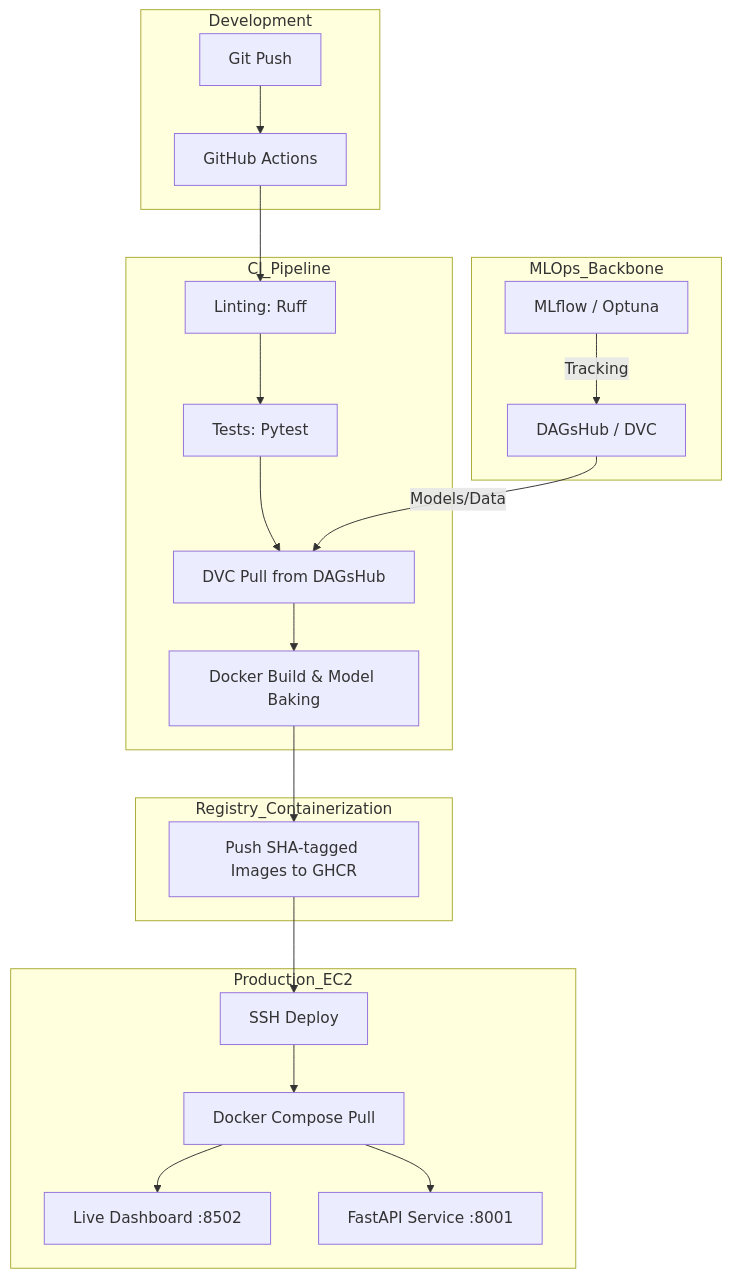
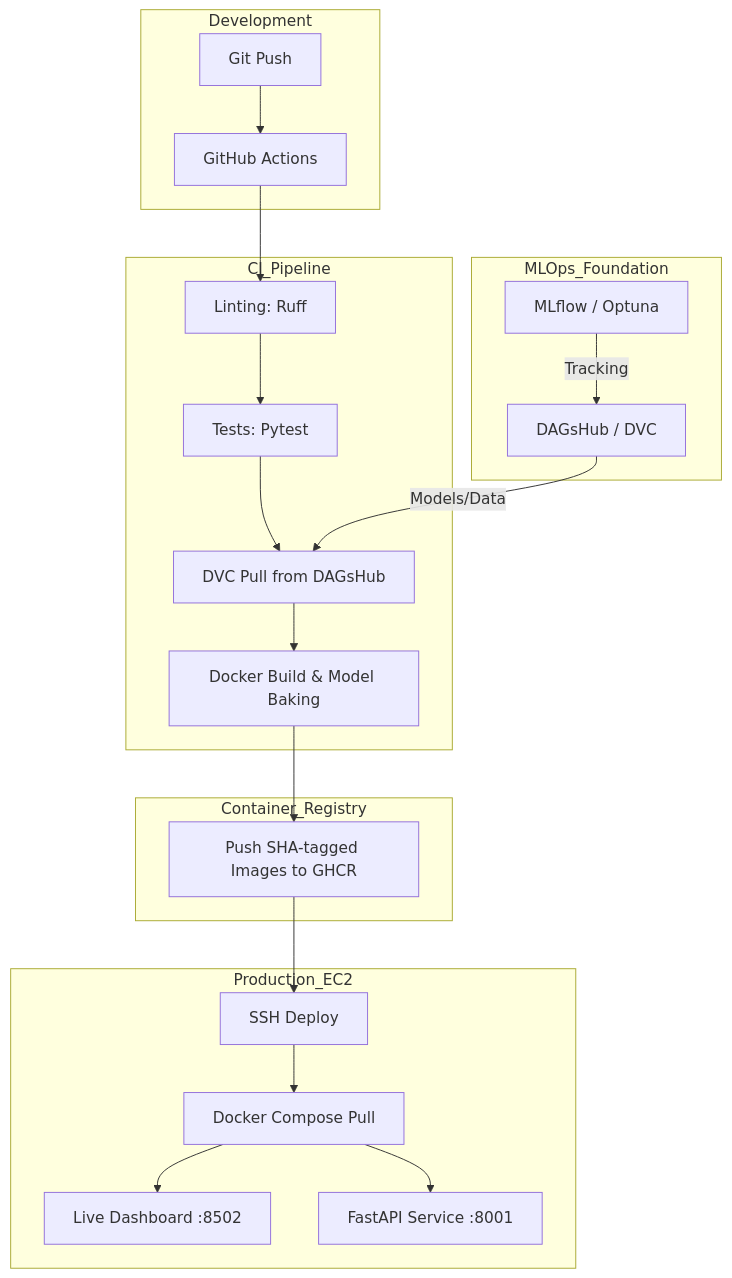
The diagram in README.md (anixes/ecommerce_delay_prediction), drawn with Mermaid before and after one commit. The commit also changed other lines of this file, not shown here.

Commit message:
docs: standardize readme with tech overview, api contract and roadmap

````diff
--- a/README.md
+++ b/README.md
@@ -23,29 +22,29 @@
 ```mermaid
 graph TD
     subgraph Development
         A[Git Push] --> B[GitHub Actions]
     end
     
     subgraph CI_Pipeline
         B --> C[Linting: Ruff]
         C --> D[Tests: Pytest]
         D --> E[DVC Pull from DAGsHub]
         E --> F[Docker Build & Model Baking]
     end
     
-    subgraph Registry_Containerization
+    subgraph Container_Registry
         F --> G[Push SHA-tagged Images to GHCR]
     end
     
     subgraph Production_EC2
         G --> H[SSH Deploy]
         H --> I[Docker Compose Pull]
         I --> J[Live Dashboard :8502]
         I --> K[FastAPI Service :8001]
     end
     
-    subgraph MLOps_Backbone
+    subgraph MLOps_Foundation
         L[DAGsHub / DVC] -- Models/Data --> E
         M[MLflow / Optuna] -- Tracking --> L
     end
 ```
````
